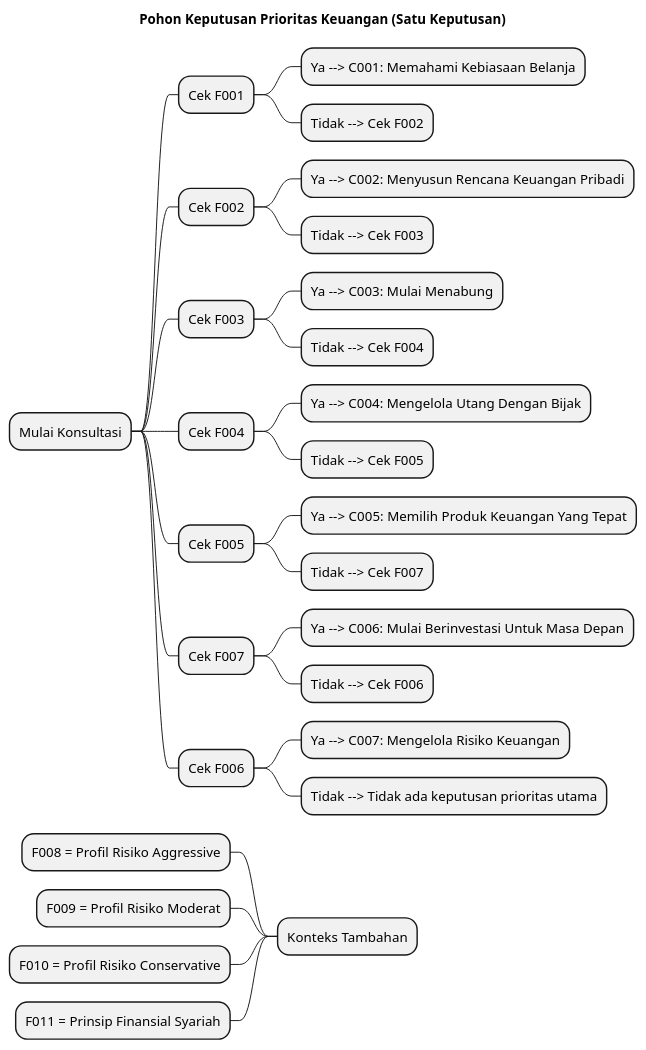
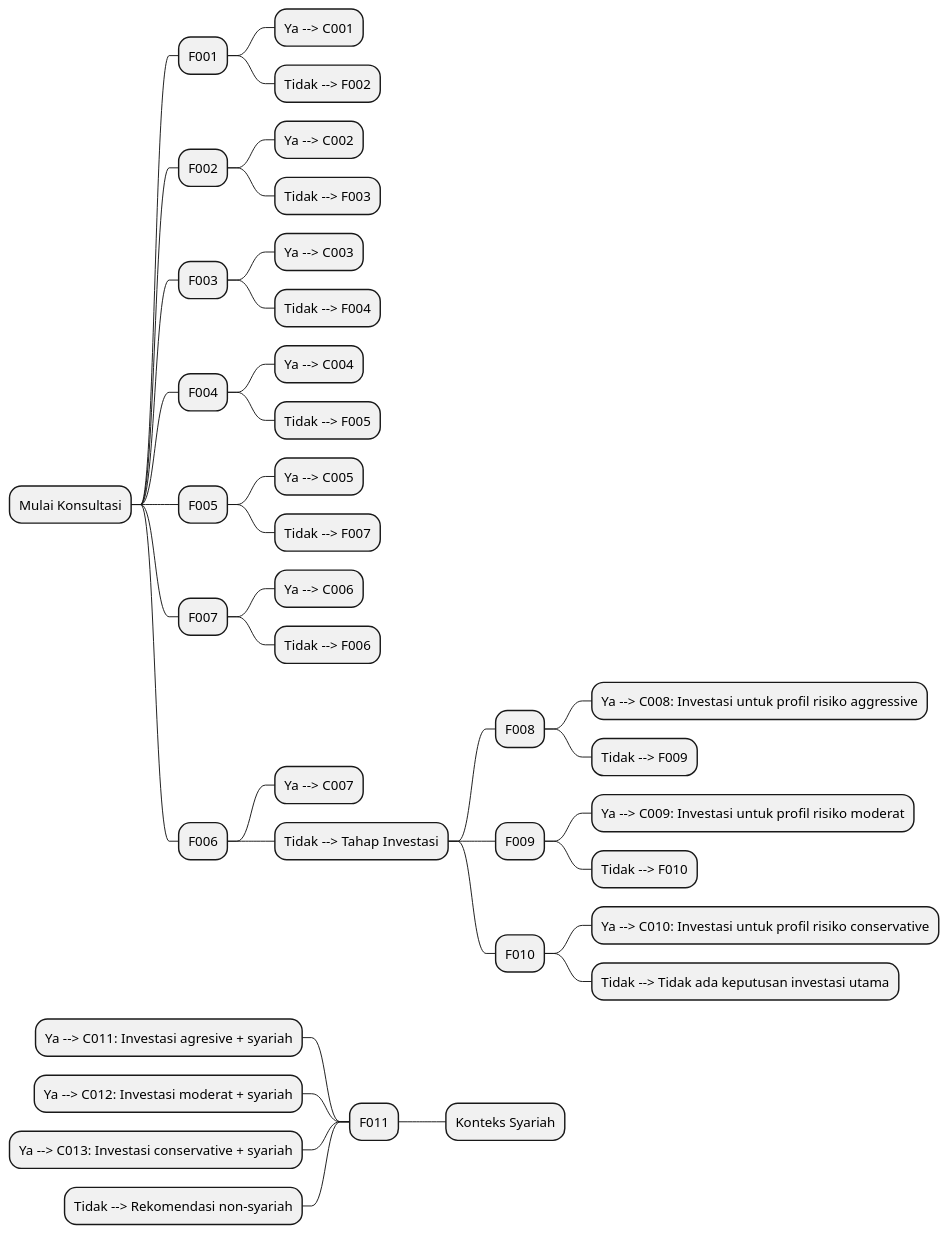
The diagram in research_data/pohon_keputusan.puml (fadlanrizki/rekofin-api), drawn with PlantUML before and after one commit. The commit also changed 7 other files, not shown here.

```diff
--- a/research_data/pohon_keputusan.puml
+++ b/research_data/pohon_keputusan.puml
@@ -1,38 +1,46 @@
 @startmindmap
 skinparam shadowing false
 skinparam monochrome true
 skinparam defaultTextAlignment center
 
-title Pohon Keputusan Prioritas Keuangan (Satu Keputusan)
-
 * Mulai Konsultasi
-** Cek F001
-*** Ya --> C001: Memahami Kebiasaan Belanja
-*** Tidak --> Cek F002
-** Cek F002
-*** Ya --> C002: Menyusun Rencana Keuangan Pribadi
-*** Tidak --> Cek F003
-** Cek F003
-*** Ya --> C003: Mulai Menabung
-*** Tidak --> Cek F004
-** Cek F004
-*** Ya --> C004: Mengelola Utang Dengan Bijak
-*** Tidak --> Cek F005
-** Cek F005
-*** Ya --> C005: Memilih Produk Keuangan Yang Tepat
-*** Tidak --> Cek F007
-** Cek F007
-*** Ya --> C006: Mulai Berinvestasi Untuk Masa Depan
-*** Tidak --> Cek F006
-** Cek F006
-*** Ya --> C007: Mengelola Risiko Keuangan
-*** Tidak --> Tidak ada keputusan prioritas utama
+** F001
+*** Ya --> C001
+*** Tidak --> F002
+** F002
+*** Ya --> C002
+*** Tidak --> F003
+** F003
+*** Ya --> C003
+*** Tidak --> F004
+** F004
+*** Ya --> C004
+*** Tidak --> F005
+** F005
+*** Ya --> C005
+*** Tidak --> F007
+** F007
+*** Ya --> C006
+*** Tidak --> F006
+** F006
+*** Ya --> C007
+*** Tidak --> Tahap Investasi
+**** F008
+***** Ya --> C008: Investasi untuk profil risiko aggressive
+***** Tidak --> F009
+**** F009
+***** Ya --> C009: Investasi untuk profil risiko moderat
+***** Tidak --> F010
+**** F010
+***** Ya --> C010: Investasi untuk profil risiko conservative
+***** Tidak --> Tidak ada keputusan investasi utama
 
 left side
 
-* Konteks Tambahan
-** F008 = Profil Risiko Aggressive
-** F009 = Profil Risiko Moderat
-** F010 = Profil Risiko Conservative
-** F011 = Prinsip Finansial Syariah
+* Konteks Syariah
+** F011
+*** Ya --> C011: Investasi agresive + syariah
+*** Ya --> C012: Investasi moderat + syariah
+*** Ya --> C013: Investasi conservative + syariah
+*** Tidak --> Rekomendasi non-syariah
 @endmindmap
```
